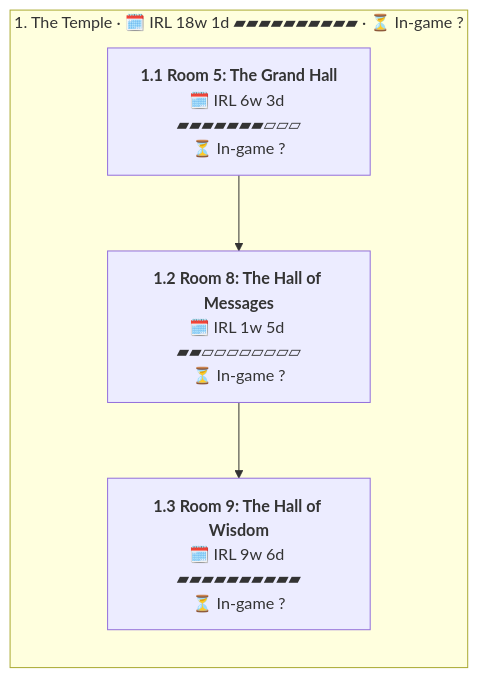
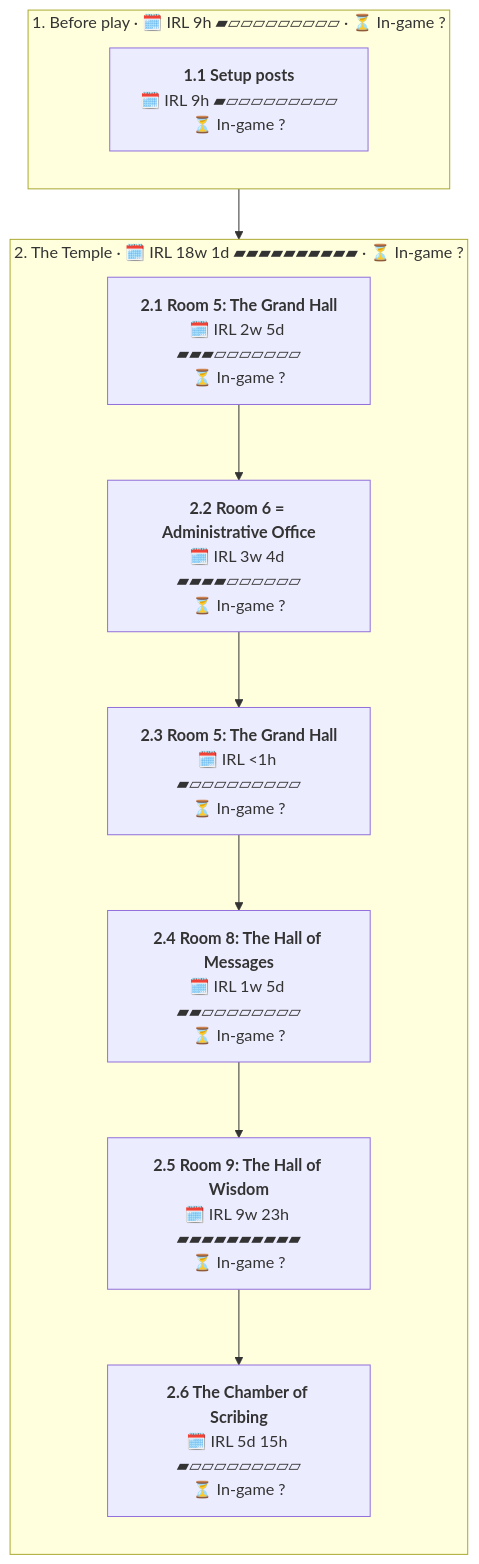
Before and after one commit to LewisIsWorking/PathWarsWiki: the diagram in Writerside/topics/C04-The-Magni-Guard/C04-Magni-Guard-Timeline.md, drawn with Mermaid. The commit also changed other lines of this file and 25 other files, not shown here.

First line of the commit message:
feat(timeline): every campaign has a timeline, extracted by muse-spark-1.3

````diff
--- a/Writerside/topics/C04-The-Magni-Guard/C04-Magni-Guard-Timeline.md
+++ b/Writerside/topics/C04-The-Magni-Guard/C04-Magni-Guard-Timeline.md
@@ -8,11 +8,22 @@
 ```mermaid
 flowchart TD
-    subgraph a0["1. The Temple · 🗓️ IRL 18w 1d ▰▰▰▰▰▰▰▰▰▰ · ⏳ In-game ?"]
+    subgraph a0["1. Before play · 🗓️ IRL 9h ▰▱▱▱▱▱▱▱▱▱ · ⏳ In-game ?"]
     direction TB
-        v0["<b>1.1 Room 5: The Grand Hall</b><br/>🗓️ IRL 6w 3d ▰▰▰▰▰▰▰▱▱▱<br/>⏳ In-game ?"]
-        v1["<b>1.2 Room 8: The Hall of Messages</b><br/>🗓️ IRL 1w 5d ▰▰▱▱▱▱▱▱▱▱<br/>⏳ In-game ?"]
-        v2["<b>1.3 Room 9: The Hall of Wisdom</b><br/>🗓️ IRL 9w 6d ▰▰▰▰▰▰▰▰▰▰<br/>⏳ In-game ?"]
+        v0["<b>1.1 Setup posts</b><br/>🗓️ IRL 9h ▰▱▱▱▱▱▱▱▱▱<br/>⏳ In-game ?"]
+    end
+    subgraph a1["2. The Temple · 🗓️ IRL 18w 1d ▰▰▰▰▰▰▰▰▰▰ · ⏳ In-game ?"]
+    direction TB
+        v1["<b>2.1 Room 5: The Grand Hall</b><br/>🗓️ IRL 2w 5d ▰▰▰▱▱▱▱▱▱▱<br/>⏳ In-game ?"]
+        v2["<b>2.2 Room 6 = Administrative Office</b><br/>🗓️ IRL 3w 4d ▰▰▰▰▱▱▱▱▱▱<br/>⏳ In-game ?"]
+        v3["<b>2.3 Room 5: The Grand Hall</b><br/>🗓️ IRL <1h ▰▱▱▱▱▱▱▱▱▱<br/>⏳ In-game ?"]
+        v4["<b>2.4 Room 8: The Hall of Messages</b><br/>🗓️ IRL 1w 5d ▰▰▱▱▱▱▱▱▱▱<br/>⏳ In-game ?"]
+        v5["<b>2.5 Room 9: The Hall of Wisdom</b><br/>🗓️ IRL 9w 23h ▰▰▰▰▰▰▰▰▰▰<br/>⏳ In-game ?"]
+        v6["<b>2.6 The Chamber of Scribing</b><br/>🗓️ IRL 5d 15h ▰▱▱▱▱▱▱▱▱▱<br/>⏳ In-game ?"]
     end
     v0 --> v1
     v1 --> v2
+    v2 --> v3
+    v3 --> v4
+    v4 --> v5
+    v5 --> v6
 ```
````
